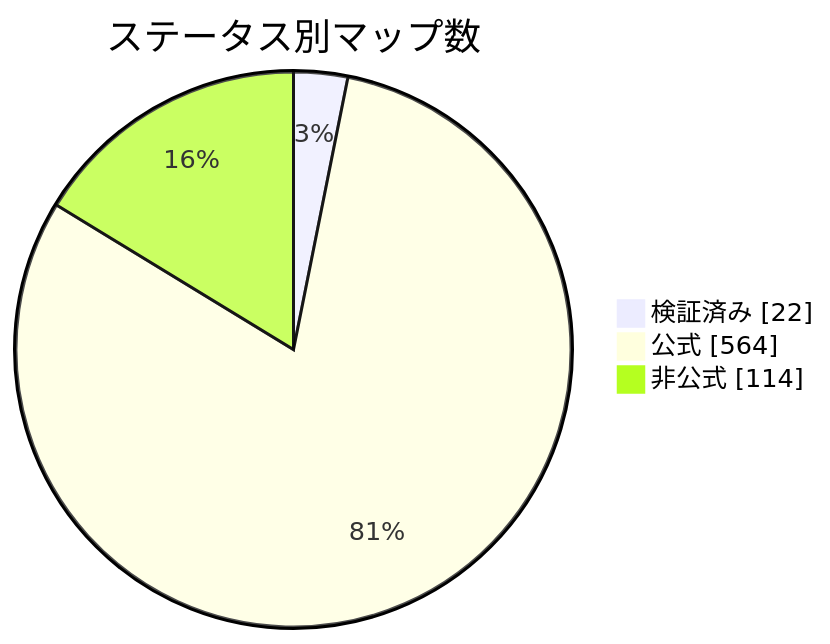
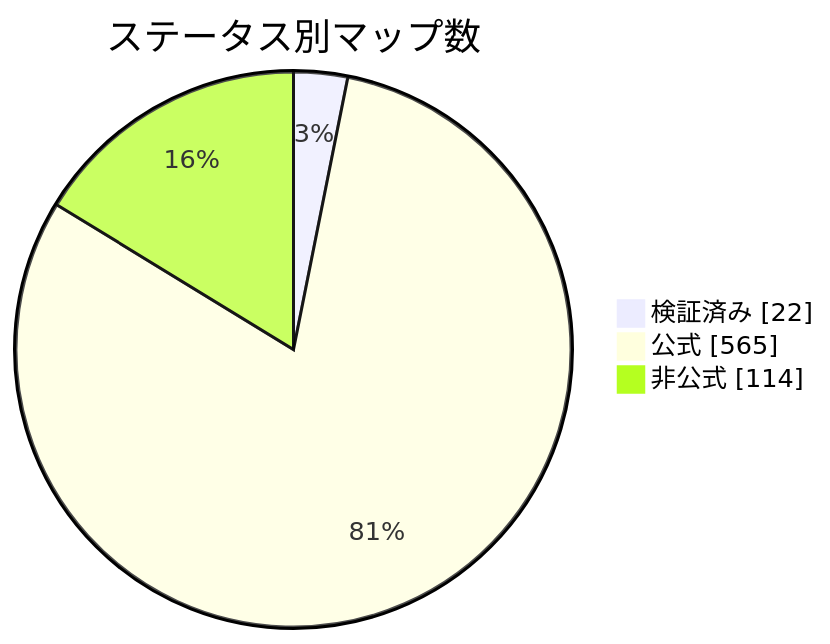
One commit to nobrega8/mbmap-library changed the diagram in docs/readme/README_JP.md. Above: the diagram before and after it, drawn with Mermaid. The commit also changed 6 other files, not shown here.

````diff
--- a/docs/readme/README_JP.md
+++ b/docs/readme/README_JP.md
@@ -54,7 +54,7 @@
 ```mermaid
 pie showData
     title ステータス別マップ数
     "検証済み" : 22
-    "公式" : 564
+    "公式" : 565
     "非公式" : 114
 ```
````
